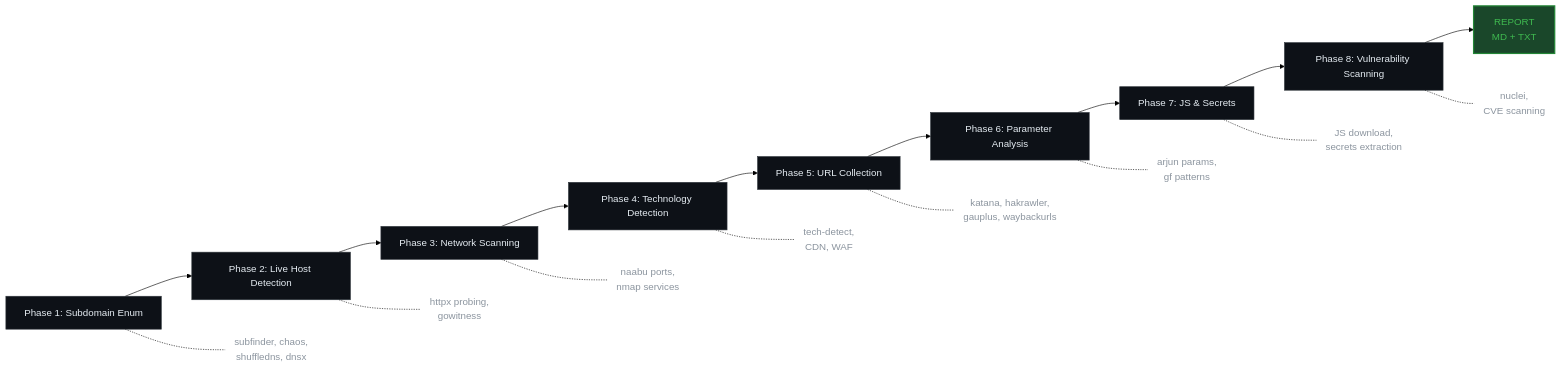
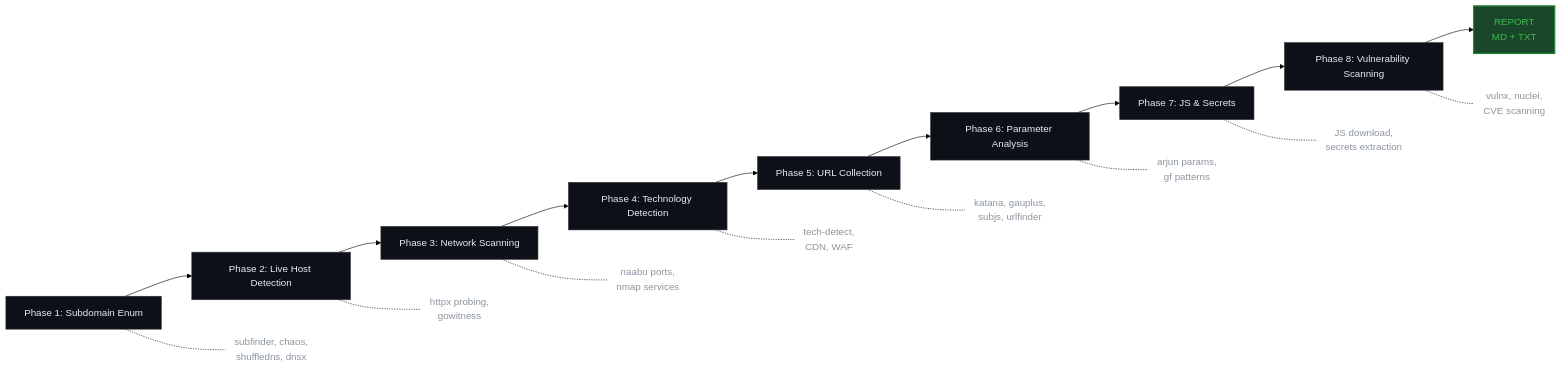
One commit to Mohamed-AlienX/ReconX-Framework changed the diagram in README.md. Above: the diagram before and after it, drawn with Mermaid (forest theme). The commit also changed other lines of this file and 3 other files, not shown here.

````diff
--- a/README.md
+++ b/README.md
@@ -62,24 +63,24 @@
 ```mermaid
 flowchart LR
     A[Phase 1: Subdomain Enum]:::phase --> B[Phase 2: Live Host Detection]:::phase
     B --> C[Phase 3: Network Scanning]:::phase
     C --> D[Phase 4: Technology Detection]:::phase
     D --> E[Phase 5: URL Collection]:::phase
     E --> F[Phase 6: Parameter Analysis]:::phase
     F --> G[Phase 7: JS & Secrets]:::phase
     G --> H[Phase 8: Vulnerability Scanning]:::phase
     H --> I[REPORT<br/>MD + TXT]:::report
 
     A -.- A1([subfinder, chaos,<br/>shuffledns, dnsx]):::note
     B -.- B1([httpx probing,<br/>gowitness]):::note
     C -.- C1([naabu ports,<br/>nmap services]):::note
     D -.- D1([tech-detect,<br/>CDN, WAF]):::note
-    E -.- E1([katana, hakrawler,<br/>gauplus, waybackurls]):::note
+    E -.- E1([katana, gauplus,<br/>subjs, urlfinder]):::note
     F -.- F1([arjun params,<br/>gf patterns]):::note
     G -.- G1([JS download,<br/>secrets extraction]):::note
-    H -.- H1([nuclei,<br/>CVE scanning]):::note
+    H -.- H1([vulnx, nuclei,<br/>CVE scanning]):::note
 
     classDef phase   fill:#0d1117,stroke:#30363d,color:#e6edf3,stroke-width:1px;
     classDef report  fill:#1a472a,stroke:#238636,color:#3fb950,stroke-width:2px;
     classDef note    fill:#00000000,stroke:#00000000,color:#8b949e;
 ```
````
